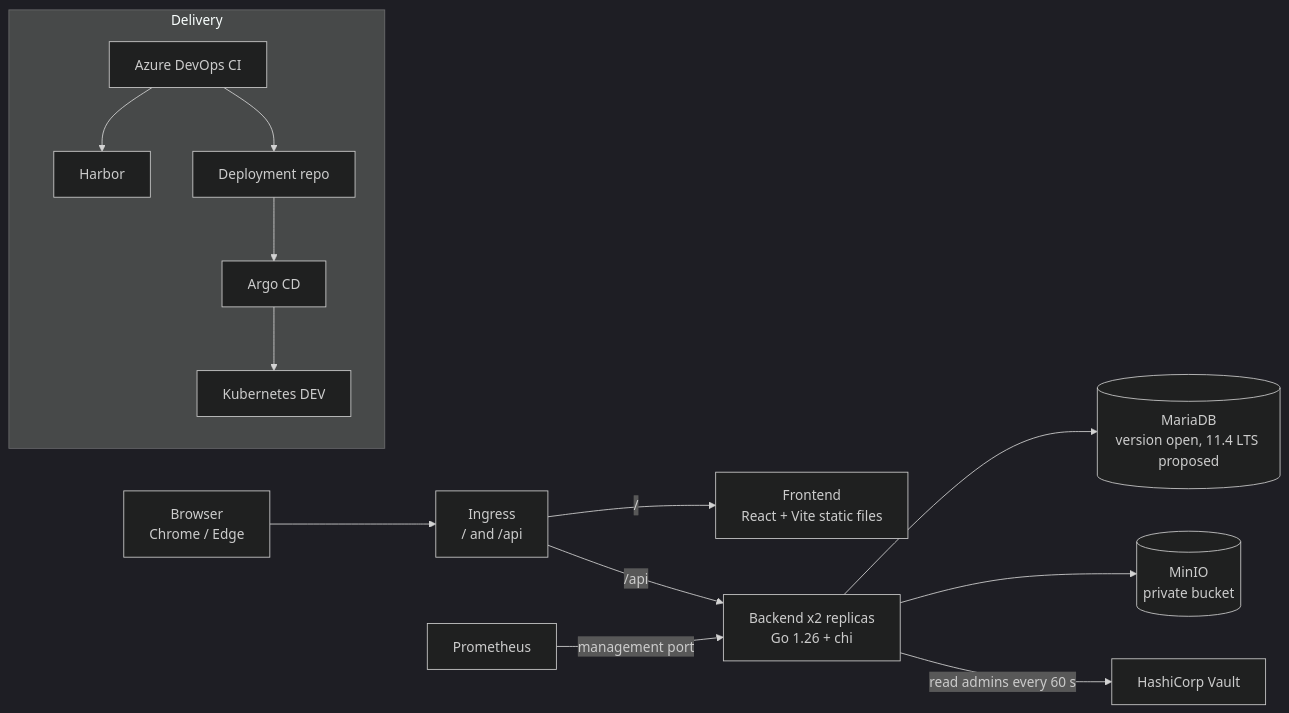
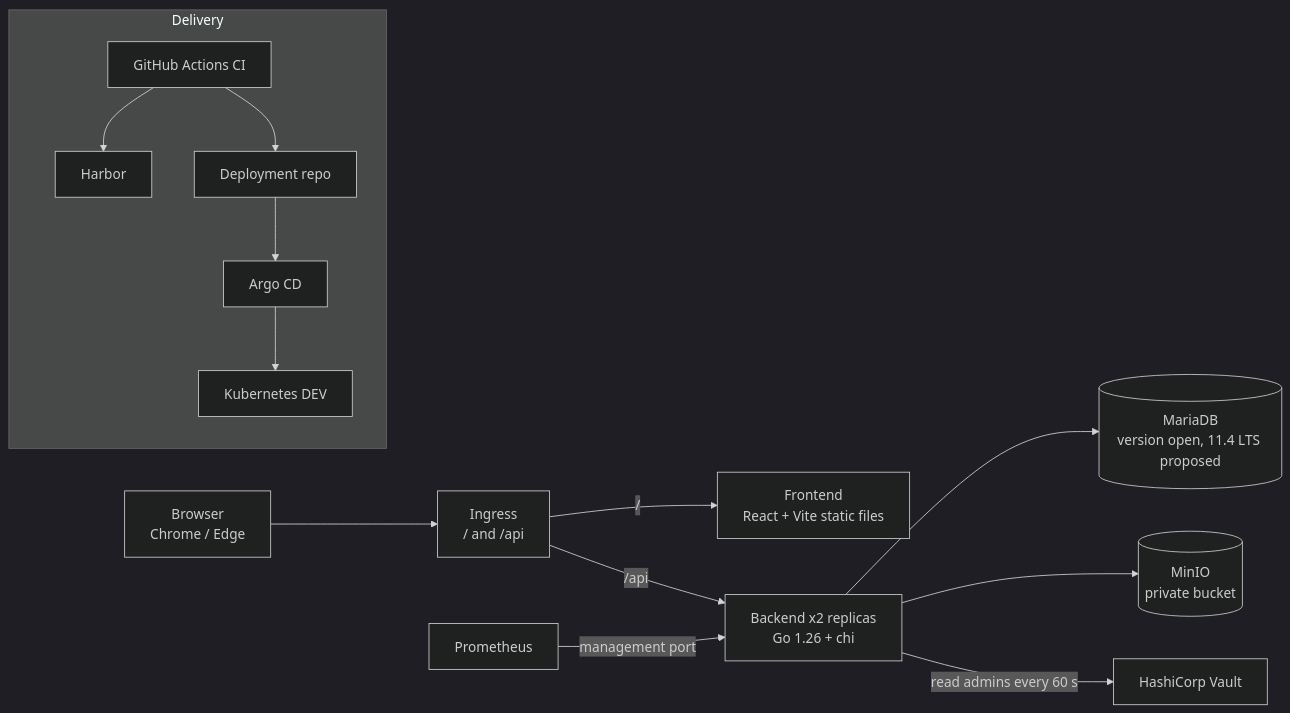
Before and after one commit to brian-huanggg/AwardRegistration: the diagram in docs/Architecture/Architecture.md, drawn with Mermaid (dark theme). The commit also changed 4 other files, not shown here.

Commit message:
docs(ci): replace Azure DevOps with Github Actions

````diff
--- a/docs/Architecture/Architecture.md
+++ b/docs/Architecture/Architecture.md
@@ -76,15 +76,15 @@
 ```mermaid
 flowchart LR
     U[Browser<br/>Chrome / Edge] --> I[Ingress<br/>/ and /api]
     I -->|/| FE[Frontend<br/>React + Vite static files]
     I -->|/api| BE[Backend x2 replicas<br/>Go 1.26 + chi]
     BE --> DB[(MariaDB<br/>version open, 11.4 LTS proposed)]
     BE --> S3[(MinIO<br/>private bucket)]
     BE -->|read admins every 60 s| V[HashiCorp Vault]
     P[Prometheus] -->|management port| BE
     subgraph Delivery
-      AZ[Azure DevOps CI] --> H[Harbor]
+      AZ[GitHub Actions CI] --> H[Harbor]
       AZ --> DR[Deployment repo]
       DR --> A[Argo CD] --> K[Kubernetes DEV]
     end
 ```
````
